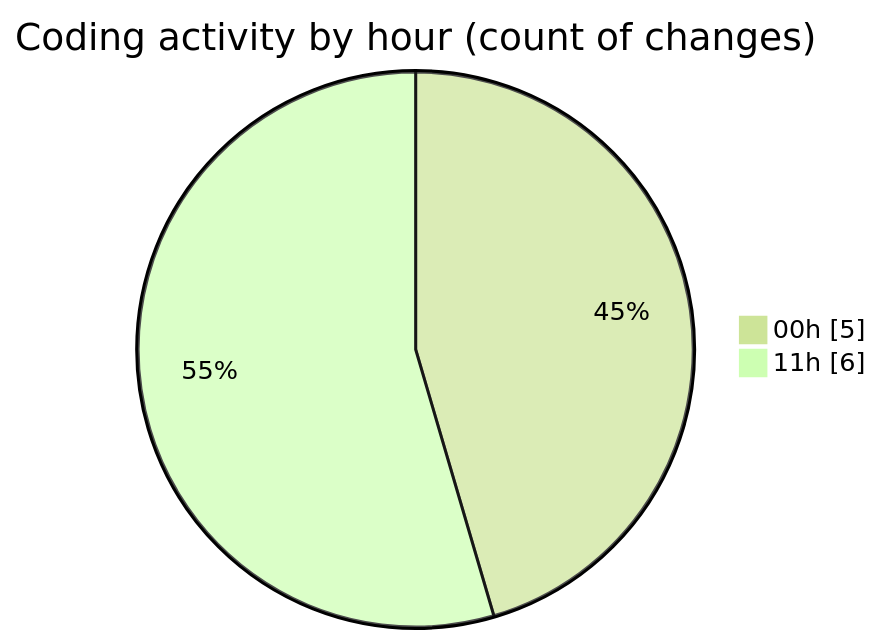
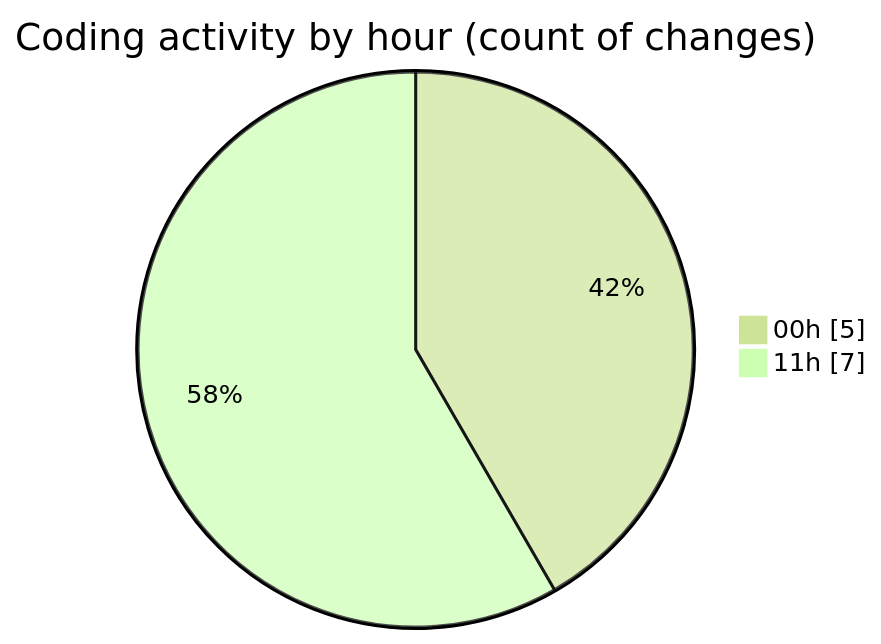
Before and after one commit to julien-gomy/code-tracking: the second of 2 diagrams in 2025-10-08/eventscop-api-guide__workspace_/README.md, drawn with Mermaid (forest theme). The commit also changed other lines of this file and 1 other file, not shown here.

````diff
--- a/2025-10-08/eventscop-api-guide__workspace_/README.md
+++ b/2025-10-08/eventscop-api-guide__workspace_/README.md
@@ -29,6 +29,6 @@
 ```mermaid
 pie showData
 title Coding activity by hour (count of changes)
 "00h" : 5
-"11h" : 6
+"11h" : 7
 ```
````
